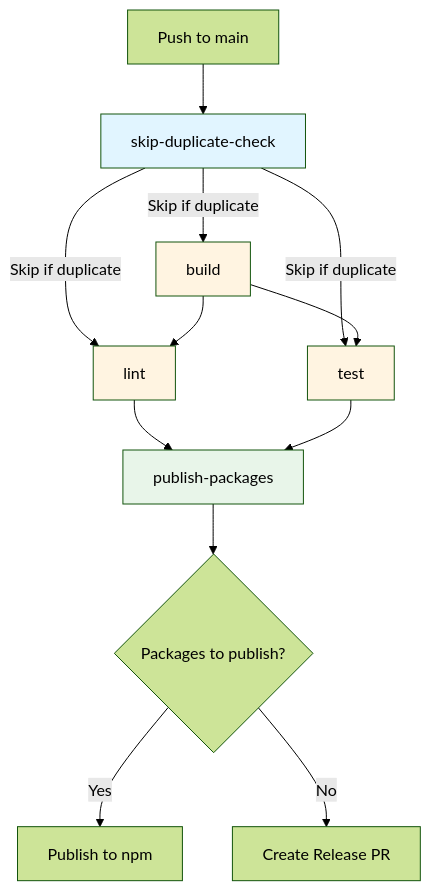
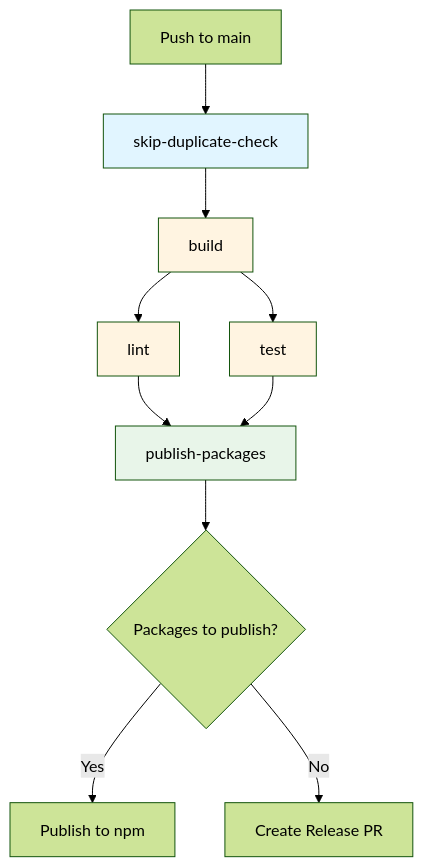
The third of 4 diagrams in .github/README.md (o2sdev/openselfservice), drawn with Mermaid (forest theme) before and after one commit. The commit also changed other lines of this file, not shown here.

Commit message:
ci: refactored and simplified ci/cd pipelines

````diff
--- a/.github/README.md
+++ b/.github/README.md
@@ -48,20 +48,18 @@
 ```mermaid
 graph TD
     A[Push to main] --> B[skip-duplicate-check]
-    B -->|Skip if duplicate| C[build]
-    B -->|Skip if duplicate| D[lint]
-    B -->|Skip if duplicate| E[test]
-    C --> D
-    C --> E
+    B --> C[build]
+    C --> D[lint]
+    C --> E[test]
     D --> F[publish-packages]
     E --> F
     F --> G{Packages to publish?}
     G -->|Yes| H[Publish to npm]
     G -->|No| I[Create Release PR]
 
     style B fill:#e1f5ff
     style C fill:#fff4e1
     style D fill:#fff4e1
     style E fill:#fff4e1
     style F fill:#e8f5e9
 ```
````
